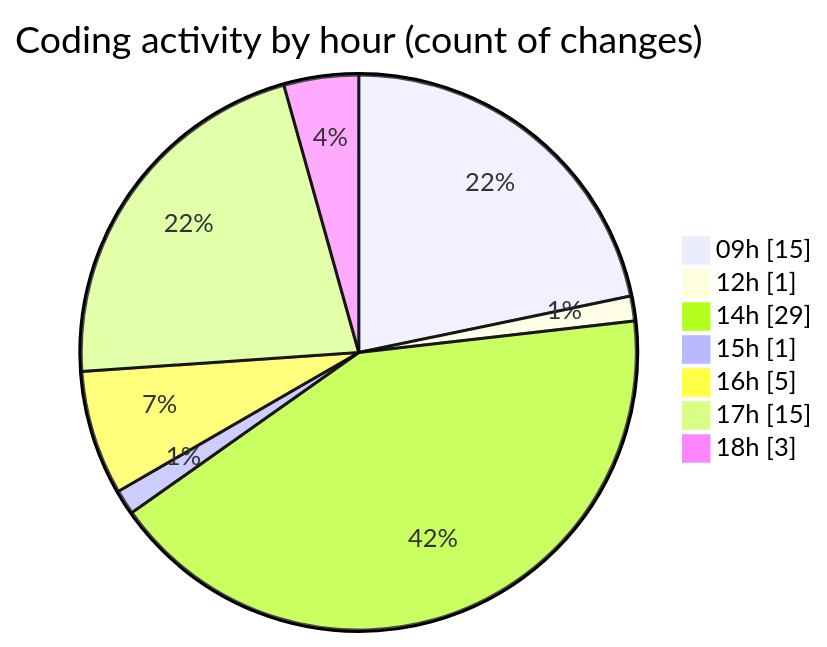
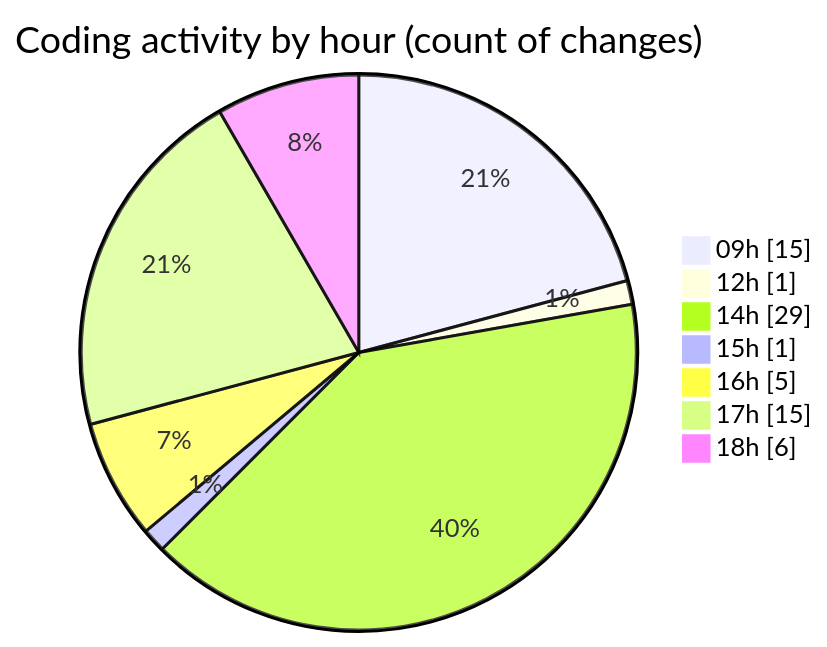
The second of 2 diagrams in 2026-09-08/cda/README.md (momahboobian/code-tracking), drawn with Mermaid before and after one commit. The commit also changed other lines of this file and 1 other file, not shown here.

````diff
--- a/2026-09-08/cda/README.md
+++ b/2026-09-08/cda/README.md
@@ -61,11 +61,11 @@
 ```mermaid
 pie showData
 title Coding activity by hour (count of changes)
 "09h" : 15
 "12h" : 1
 "14h" : 29
 "15h" : 1
 "16h" : 5
 "17h" : 15
-"18h" : 3
+"18h" : 6
 ```
````
